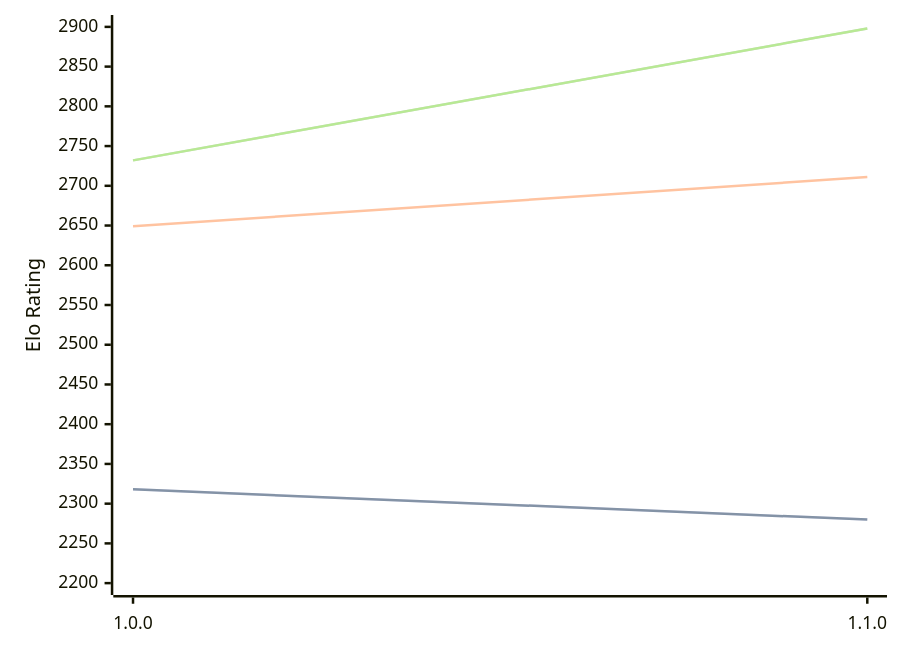
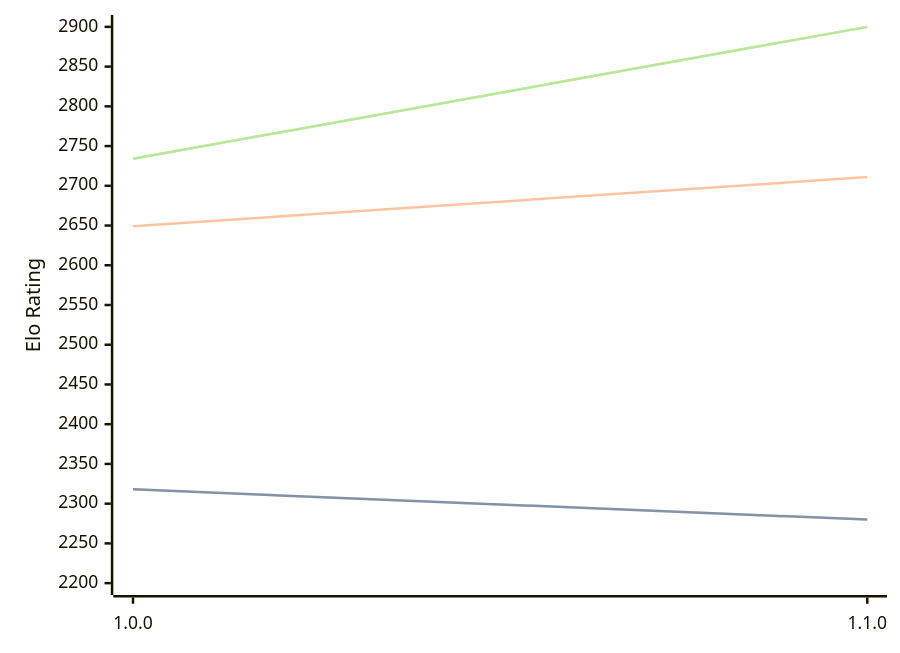
Before and after one commit to computer-chess-index/cci: the diagram in engines/ShallowGuess.md, drawn with Mermaid. The commit also changed other lines of this file, not shown here.

Commit message:
Update CCI Ratings (ELO VLTC) - 2026-07-31

````diff
--- a/engines/ShallowGuess.md
+++ b/engines/ShallowGuess.md
@@ -36,11 +36,11 @@
 ```mermaid
 %%{init: {"theme":"base","themeVariables":{"seriesColors:['#a3a3a3','#222221','#faa371']}}}%%
 xychart-beta
   x-axis ["1.0.0", "1.1.0"]
   y-axis "Elo Rating" 2200 --> 2900
   line "STC (8.0+0.08s)" [2318, 2280]
   line "STC (8.0+0.08s)" [2318, 2280]
   line "LTC (60.0+0.60s)" [2649, 2711]
-  line "VLTC (2m24s+1.12s)" [2732, 2898]
-  line "VLTC (2m24s+1.12s)" [2732, 2898]
+  line "VLTC (2m24s+1.12s)" [2734, 2900]
+  line "VLTC (2m24s+1.12s)" [2734, 2900]
 ```
````
